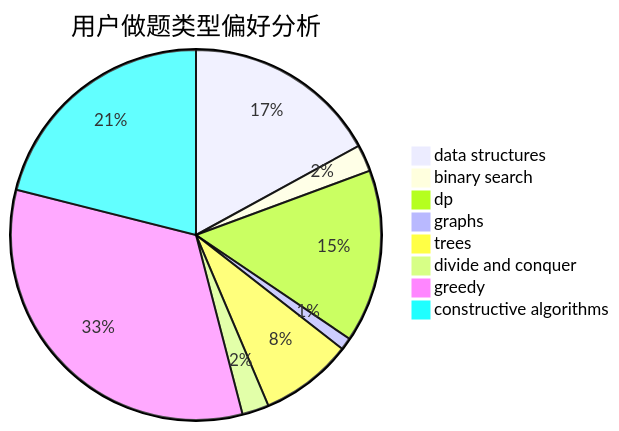
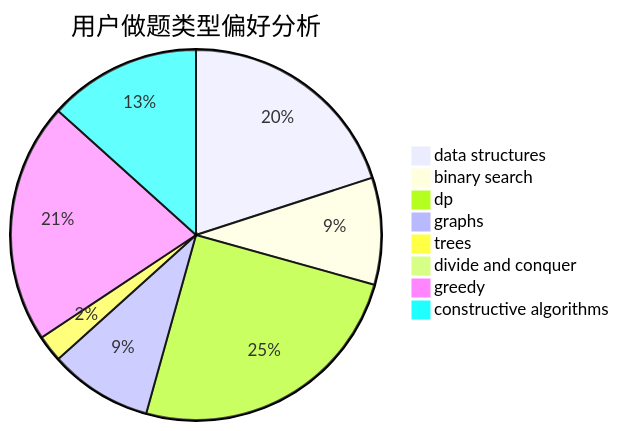
One commit to sherpahu/cfrs.github.io changed the second of 3 diagrams in docs/user/u2456.md. Above: the diagram before and after it, drawn with Mermaid. The commit also changed other lines of this file and 2770 other files, not shown here.

````diff
--- a/docs/user/u2456.md
+++ b/docs/user/u2456.md
@@ -23,11 +23,11 @@
 ```mermaid
 pie title 用户做题类型偏好分析
-    "data structures" :  80
-    "binary search" :  11
-    "dp" :  71
-    "graphs" :  5
-    "trees" :  38
-    "divide and conquer" :  11
-    "greedy" :  155
-    "constructive algorithms" :  99
+    "data structures" :  60
+    "binary search" :  28
+    "dp" :  75
+    "graphs" :  27
+    "trees" :  7
+    "divide and conquer" :  1
+    "greedy" :  63
+    "constructive algorithms" :  40
 ```
````
